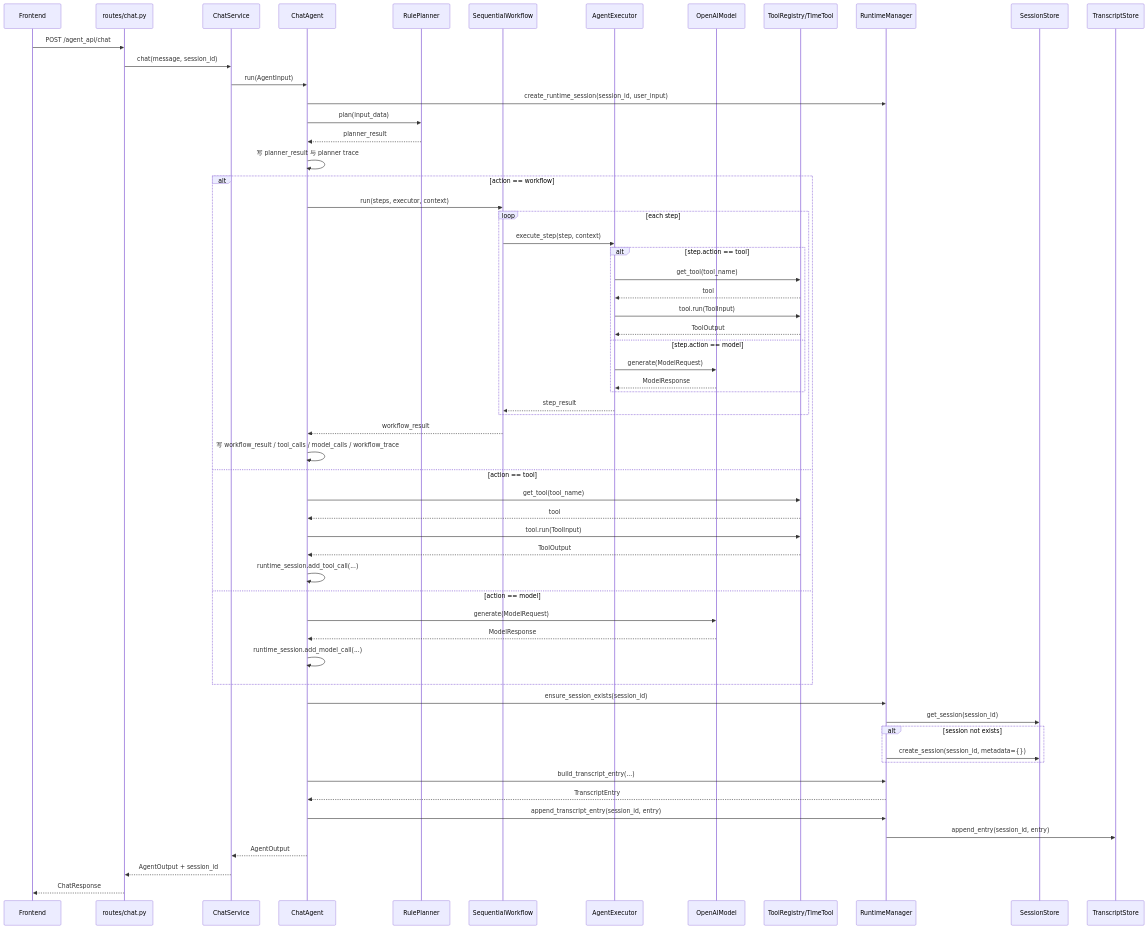
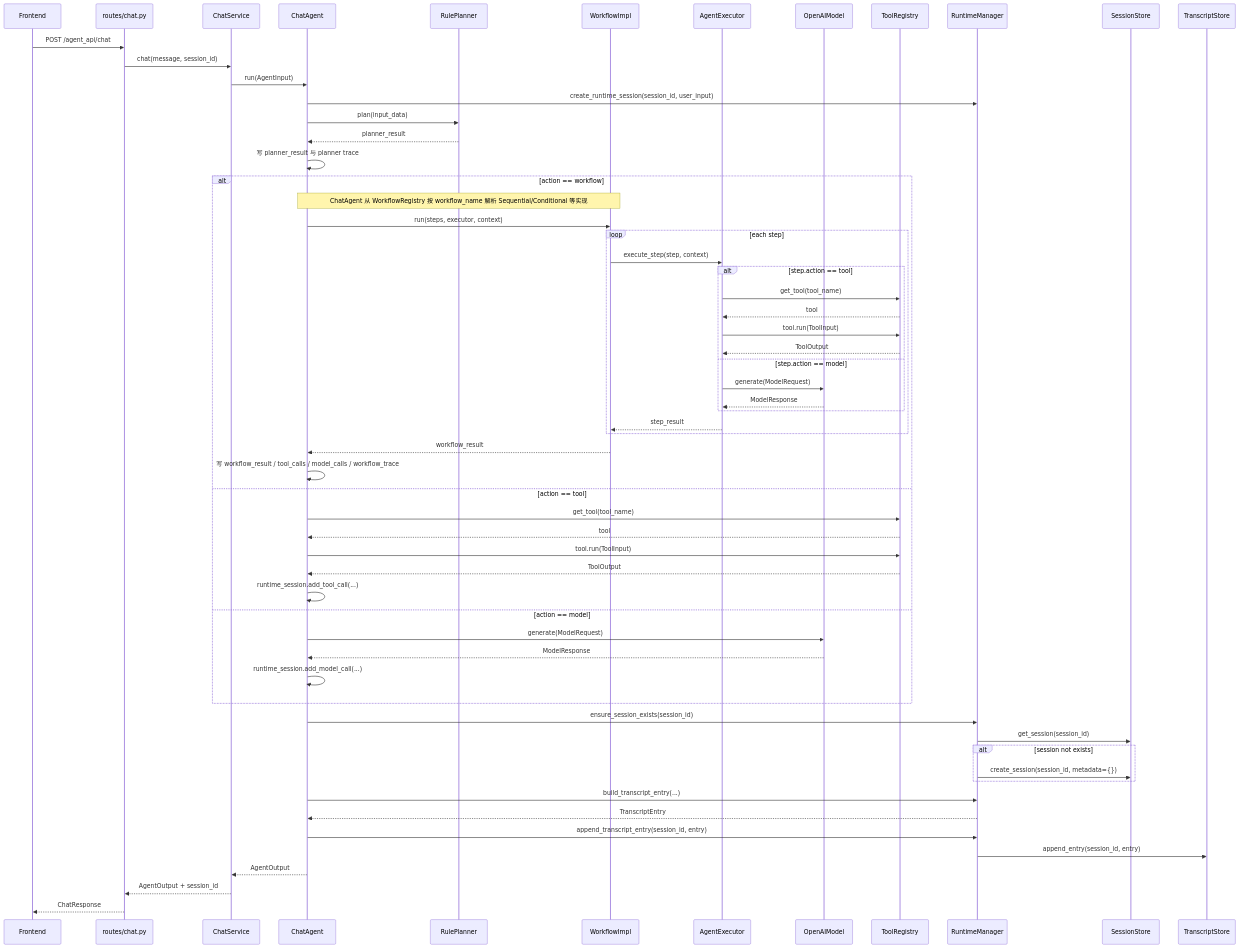
The third of 4 diagrams in docs/agent-framework-design.md (luohuiiqng/learnChainPros), drawn with Mermaid before and after one commit. The commit also changed other lines of this file and 8 other files, not shown here.

````diff
--- a/docs/agent-framework-design.md
+++ b/docs/agent-framework-design.md
@@ -622,69 +679,70 @@
 ```mermaid
 sequenceDiagram
     participant FE as Frontend
     participant Route as routes/chat.py
     participant Service as ChatService
     participant Agent as ChatAgent
     participant Planner as RulePlanner
-    participant Workflow as SequentialWorkflow
+    participant Workflow as WorkflowImpl
     participant Executor as AgentExecutor
     participant Model as OpenAIModel
-    participant Tools as ToolRegistry/TimeTool
+    participant Tools as ToolRegistry
     participant Runtime as RuntimeManager
     participant SessionStore as SessionStore
     participant TranscriptStore as TranscriptStore
 
     FE->>Route: POST /agent_api/chat
     Route->>Service: chat(message, session_id)
     Service->>Agent: run(AgentInput)
     Agent->>Runtime: create_runtime_session(session_id, user_input)
 
     Agent->>Planner: plan(input_data)
     Planner-->>Agent: planner_result
 
     Agent->>Agent: 写 planner_result 与 planner trace
 
     alt action == workflow
+        Note over Agent,Workflow: ChatAgent 从 WorkflowRegistry 按 workflow_name 解析 Sequential/Conditional 等实现
         Agent->>Workflow: run(steps, executor, context)
         loop each step
             Workflow->>Executor: execute_step(step, context)
             alt step.action == tool
                 Executor->>Tools: get_tool(tool_name)
                 Tools-->>Executor: tool
                 Executor->>Tools: tool.run(ToolInput)
                 Tools-->>Executor: ToolOutput
             else step.action == model
                 Executor->>Model: generate(ModelRequest)
                 Model-->>Executor: ModelResponse
             end
             Executor-->>Workflow: step_result
         end
         Workflow-->>Agent: workflow_result
         Agent->>Agent: 写 workflow_result / tool_calls / model_calls / workflow_trace
     else action == tool
         Agent->>Tools: get_tool(tool_name)
         Tools-->>Agent: tool
         Agent->>Tools: tool.run(ToolInput)
         Tools-->>Agent: ToolOutput
         Agent->>Agent: runtime_session.add_tool_call(...)
     else action == model
         Agent->>Model: generate(ModelRequest)
         Model-->>Agent: ModelResponse
         Agent->>Agent: runtime_session.add_model_call(...)
     end
 
     Agent->>Runtime: ensure_session_exists(session_id)
     Runtime->>SessionStore: get_session(session_id)
     alt session not exists
         Runtime->>SessionStore: create_session(session_id, metadata={})
     end
 
     Agent->>Runtime: build_transcript_entry(...)
     Runtime-->>Agent: TranscriptEntry
     Agent->>Runtime: append_transcript_entry(session_id, entry)
     Runtime->>TranscriptStore: append_entry(session_id, entry)
 
     Agent-->>Service: AgentOutput
     Service-->>Route: AgentOutput + session_id
     Route-->>FE: ChatResponse
 ```
````
